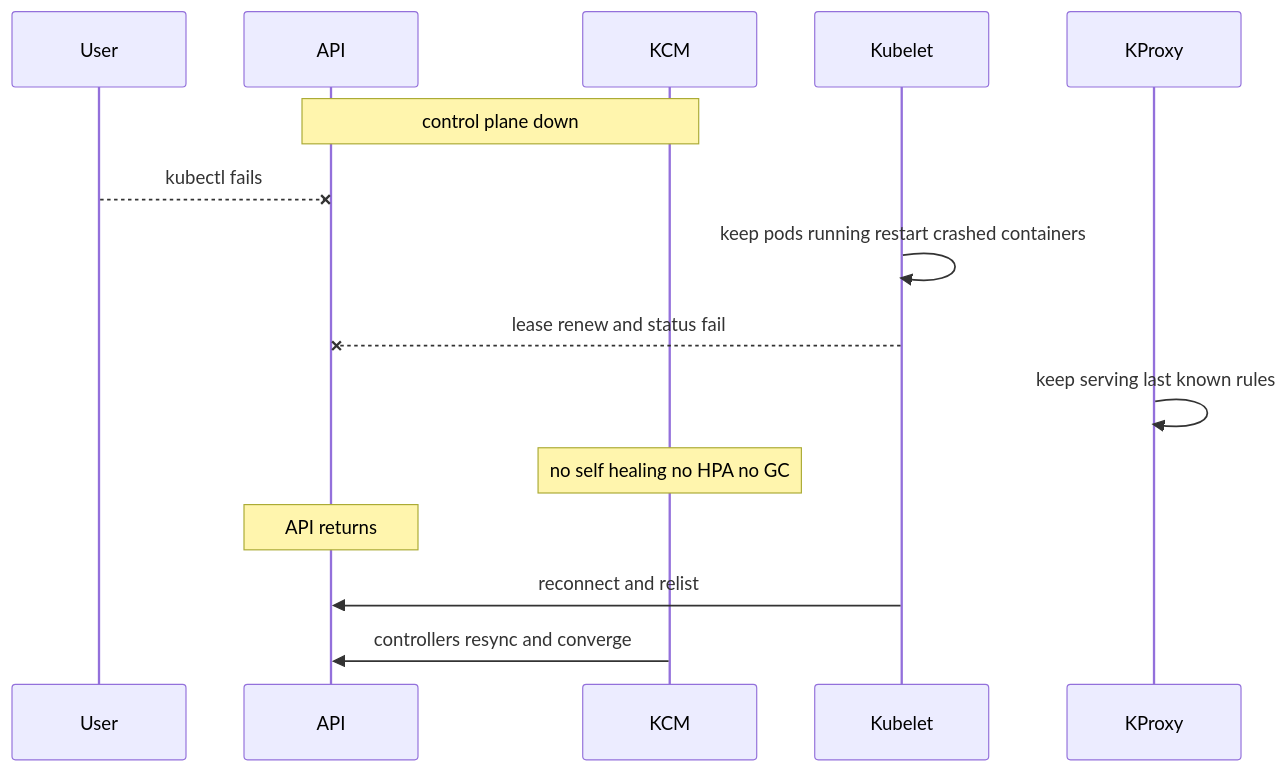
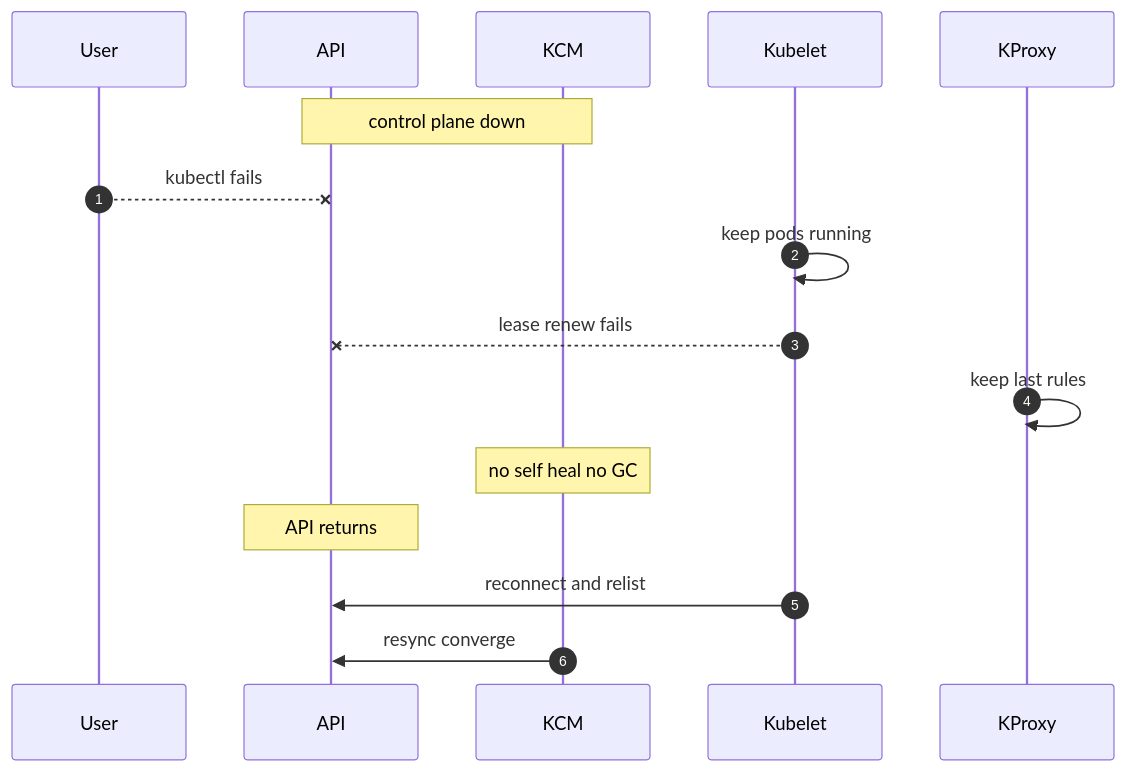
Before and after one commit to sanketsudake/k8s-worksheet: the third of 4 diagrams in chapters/ch10.md, drawn with Mermaid. The commit also changed other lines of this file, not shown here.

First line of the commit message:
ch10: bring diagrams within the print-size gate

````diff
--- a/chapters/ch10.md
+++ b/chapters/ch10.md
@@ -95,17 +113,18 @@
 ```mermaid
 sequenceDiagram
+  autonumber
   participant User
   participant API
   participant KCM
   participant Kubelet
   participant KProxy
   Note over API,KCM: control plane down
   User--xAPI: kubectl fails
-  Kubelet->>Kubelet: keep pods running restart crashed containers
-  Kubelet--xAPI: lease renew and status fail
-  KProxy->>KProxy: keep serving last known rules
-  Note over KCM: no self healing no HPA no GC
+  Kubelet->>Kubelet: keep pods running
+  Kubelet--xAPI: lease renew fails
+  KProxy->>KProxy: keep last rules
+  Note over KCM: no self heal no GC
   Note over API: API returns
   Kubelet->>API: reconnect and relist
-  KCM->>API: controllers resync and converge
+  KCM->>API: resync converge
 ```
````
